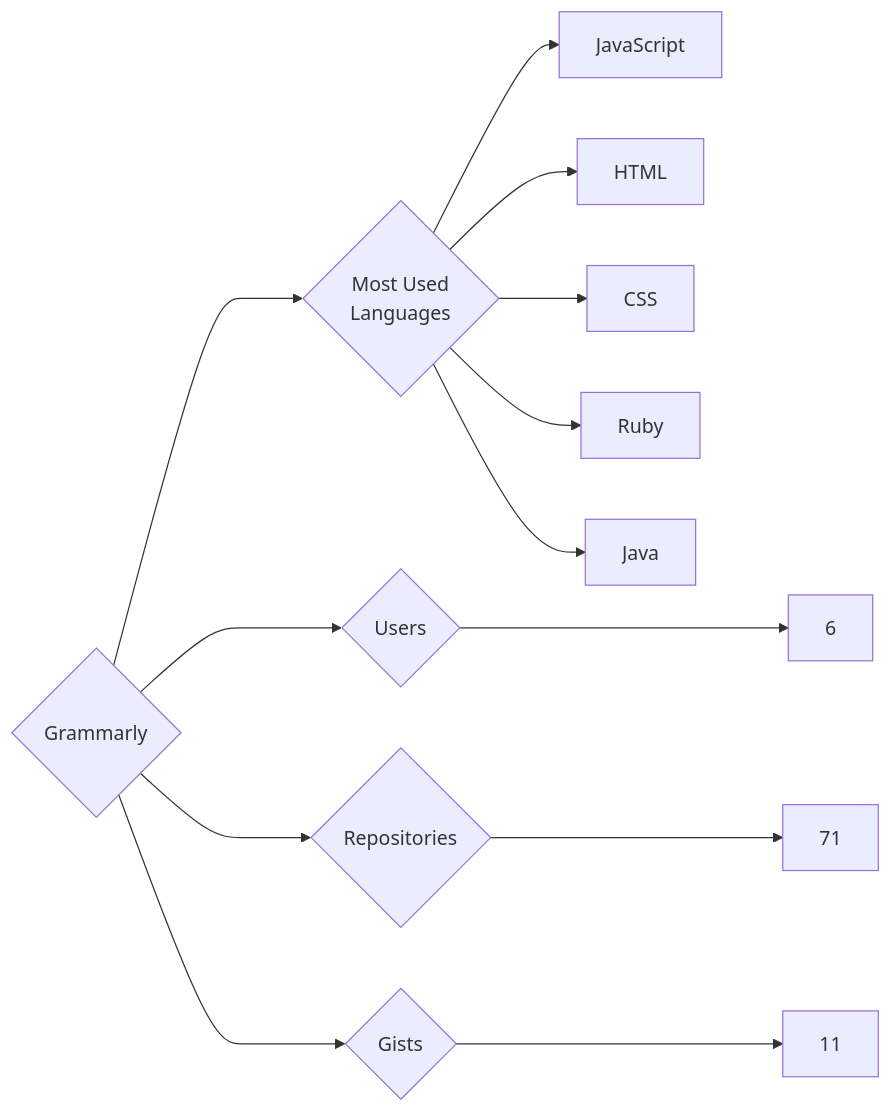
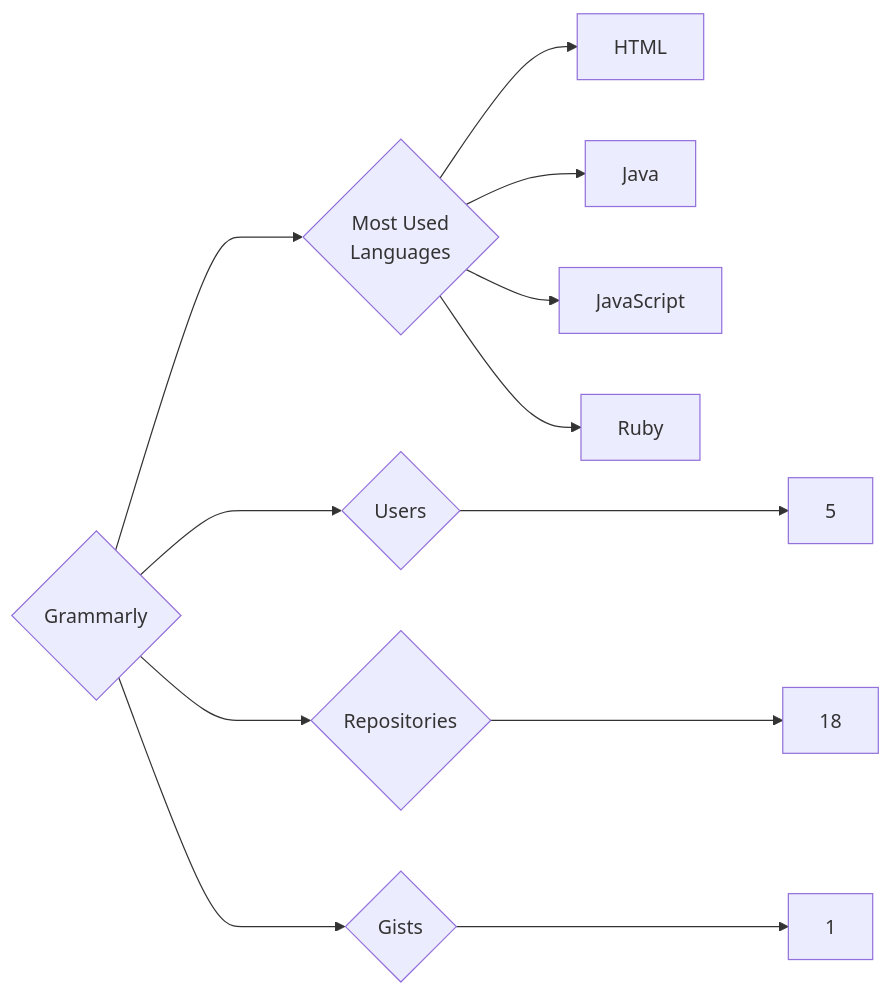
The diagram in targets/Grammarly/README.md (trickest/insiders), drawn with Mermaid before and after one commit. The commit also changed 1089 other files, not shown here.

````diff
--- a/targets/Grammarly/README.md
+++ b/targets/Grammarly/README.md
@@ -3,13 +3,12 @@
 ```mermaid
 graph LR
 COMPANY_NAME{Grammarly}
-COMPANY_NAME ---> U{Users} ---> UN[6]
-COMPANY_NAME ---> R{Repositories} ---> RN[71]
-COMPANY_NAME ---> G{Gists} ---> GN[11]
+COMPANY_NAME ---> U{Users} ---> UN[5]
+COMPANY_NAME ---> R{Repositories} ---> RN[18]
+COMPANY_NAME ---> G{Gists} ---> GN[1]
 COMPANY_NAME ---> ML{Most Used<br>Languages}
+ML --> HTML[HTML]
+ML --> Java[Java]
 ML --> JavaScript[JavaScript]
-ML --> HTML[HTML]
-ML --> CSS[CSS]
 ML --> Ruby[Ruby]
-ML --> Java[Java]
 ```
````
